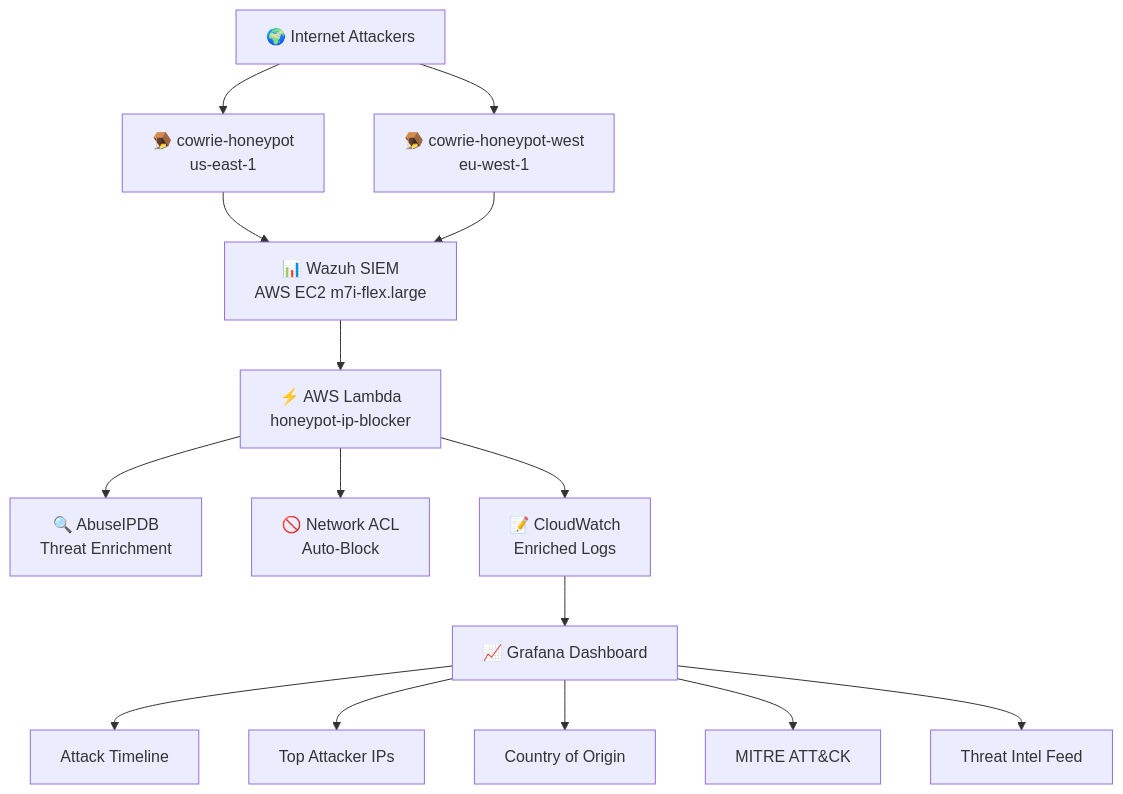
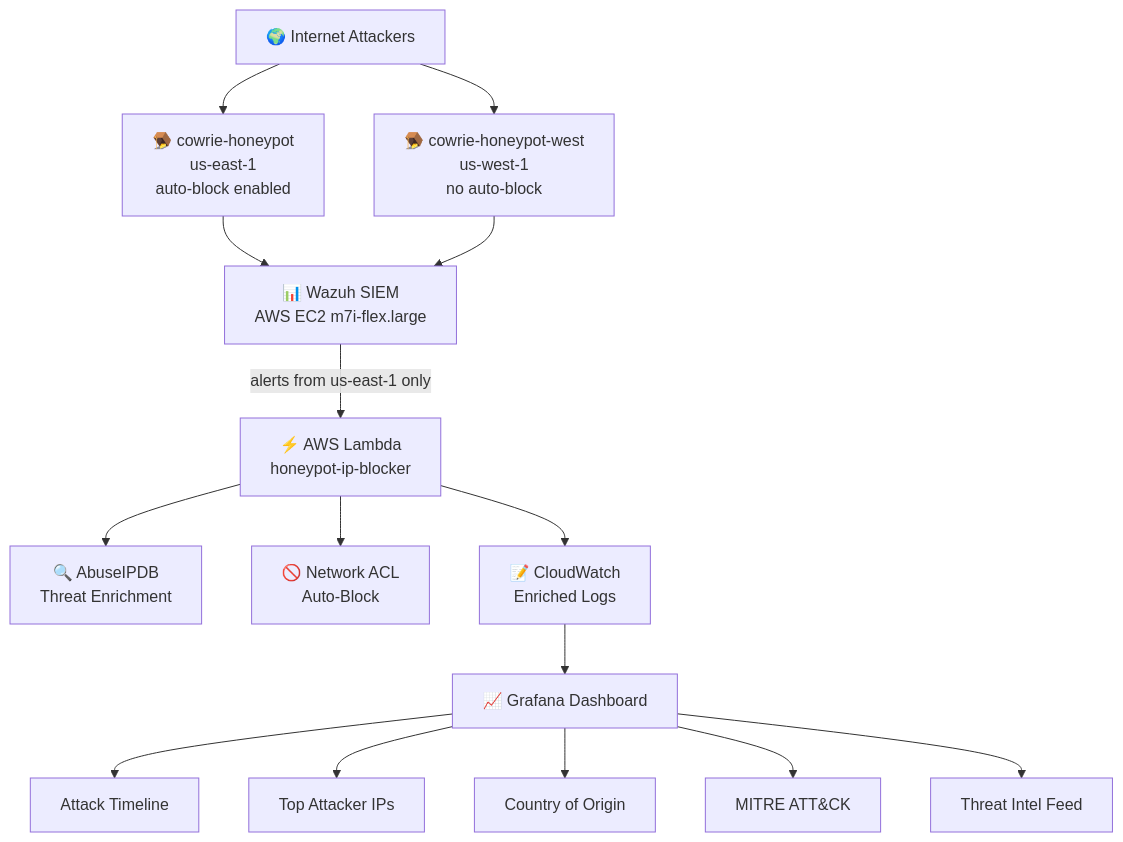
One commit to MiecznikH/soc-honeypot-lab changed the diagram in README.md. Above: the diagram before and after it, drawn with Mermaid. The commit also changed other lines of this file and 8 other files, not shown here.

````diff
--- a/README.md
+++ b/README.md
@@ -15,25 +15,25 @@
 ```mermaid
 flowchart TD
     A[🌍 Internet Attackers] --> B
     A --> C
 
-    B[🪤 cowrie-honeypot\nus-east-1]
-    C[🪤 cowrie-honeypot-west\neu-west-1]
+    B[🪤 cowrie-honeypot<br/>us-east-1<br/>auto-block enabled]
+    C[🪤 cowrie-honeypot-west<br/>us-west-1<br/>no auto-block]
 
-    B --> D[📊 Wazuh SIEM\nAWS EC2 m7i-flex.large]
+    B --> D[📊 Wazuh SIEM<br/>AWS EC2 m7i-flex.large]
     C --> D
 
-    D --> E[⚡ AWS Lambda\nhoneypot-ip-blocker]
+    D -->|alerts from us-east-1 only| E[⚡ AWS Lambda<br/>honeypot-ip-blocker]
 
-    E --> F[🔍 AbuseIPDB\nThreat Enrichment]
-    E --> G[🚫 Network ACL\nAuto-Block]
-    E --> H[📝 CloudWatch\nEnriched Logs]
+    E --> F[🔍 AbuseIPDB<br/>Threat Enrichment]
+    E --> G[🚫 Network ACL<br/>Auto-Block]
+    E --> H[📝 CloudWatch<br/>Enriched Logs]
 
     H --> I[📈 Grafana Dashboard]
 
     I --> J[Attack Timeline]
     I --> K[Top Attacker IPs]
     I --> L[Country of Origin]
     I --> M[MITRE ATT&CK]
     I --> N[Threat Intel Feed]
 ```
````
